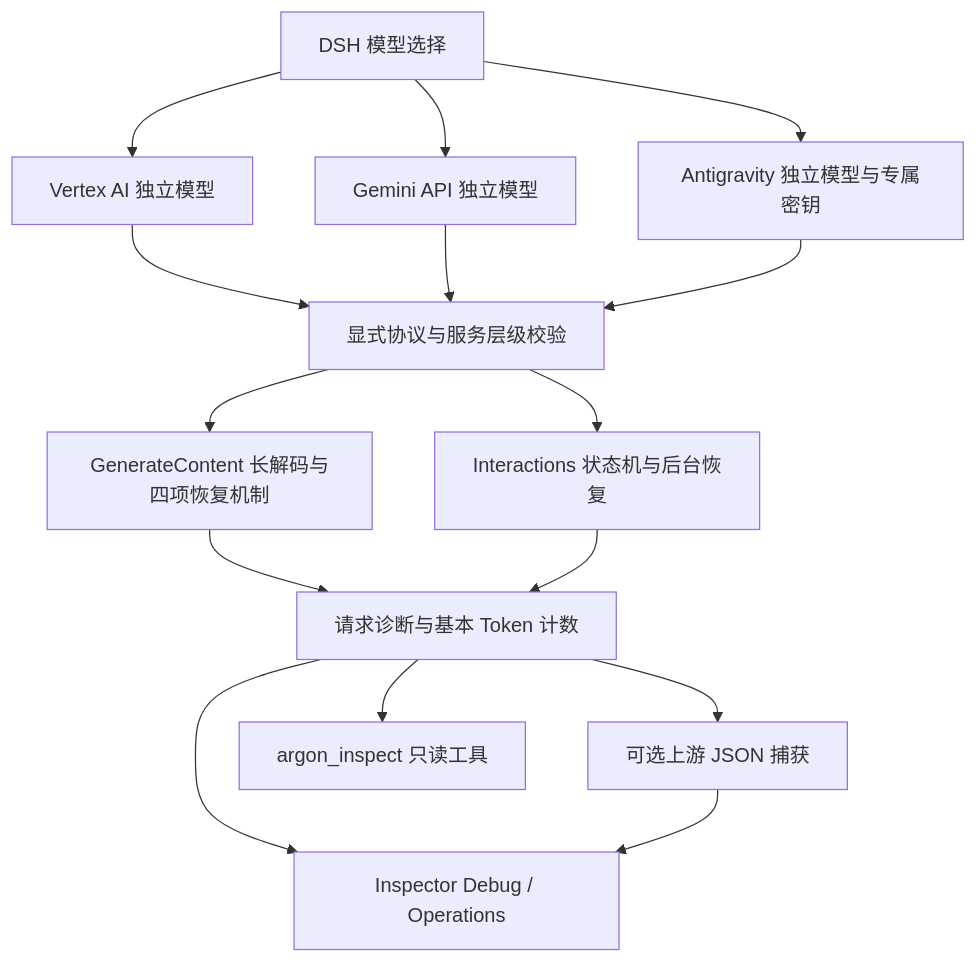
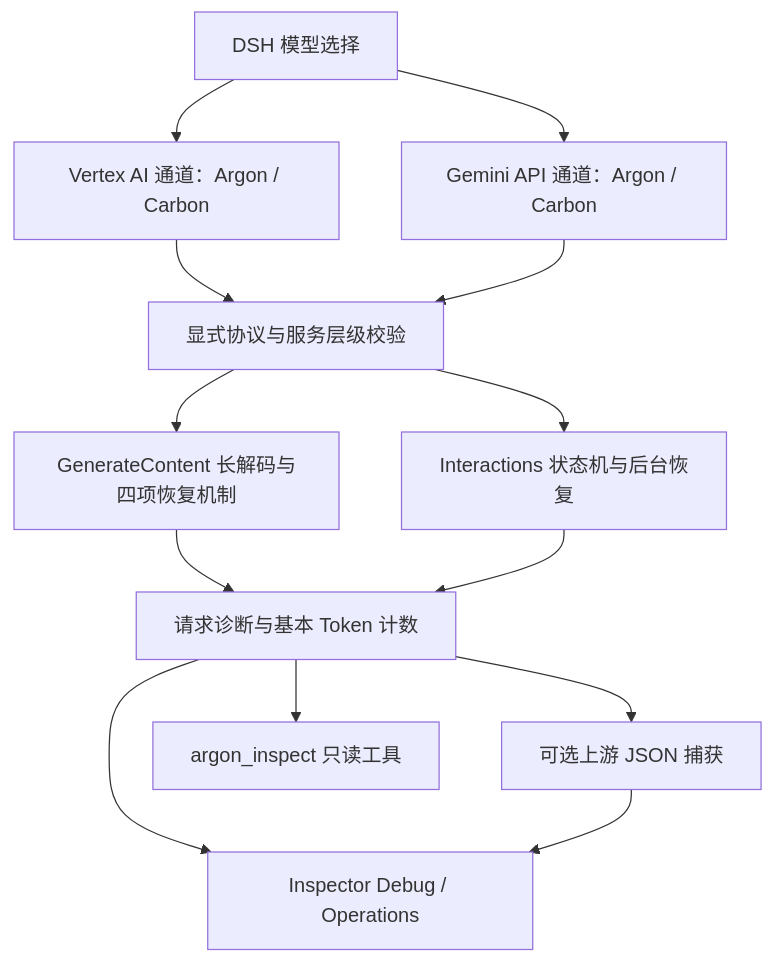
The diagram in docs/implementation/README.md (higekibaka/dsh-vertex-argon), drawn with Mermaid before and after one commit. The commit also changed other lines of this file and 28 other files, not shown here.

Commit message:
release: v2.0.0 — rebrand to Gemini 4 Adapter, focus official Vertex/Gemini dual routes, add Carbon, and rewrite docs

````diff
--- a/docs/implementation/README.md
+++ b/docs/implementation/README.md
@@ -23,17 +21,15 @@
 ```mermaid
 flowchart TD
-    U[DSH 模型选择] --> V[Vertex AI 独立模型]
-    U --> G[Gemini API 独立模型]
-    U --> A[Antigravity 独立模型与专属密钥]
+    U[DSH 模型选择] --> V[Vertex AI 通道：Argon / Carbon]
+    U --> G[Gemini API 通道：Argon / Carbon]
     V --> P[显式协议与服务层级校验]
     G --> P
-    A --> P
     P --> GC[GenerateContent 长解码与四项恢复机制]
     P --> IA[Interactions 状态机与后台恢复]
     GC --> D[请求诊断与基本 Token 计数]
     IA --> D
     D --> R[可选上游 JSON 捕获]
     D --> UI[Inspector Debug / Operations]
     R --> UI
     D --> T[argon_inspect 只读工具]
 ```
````
